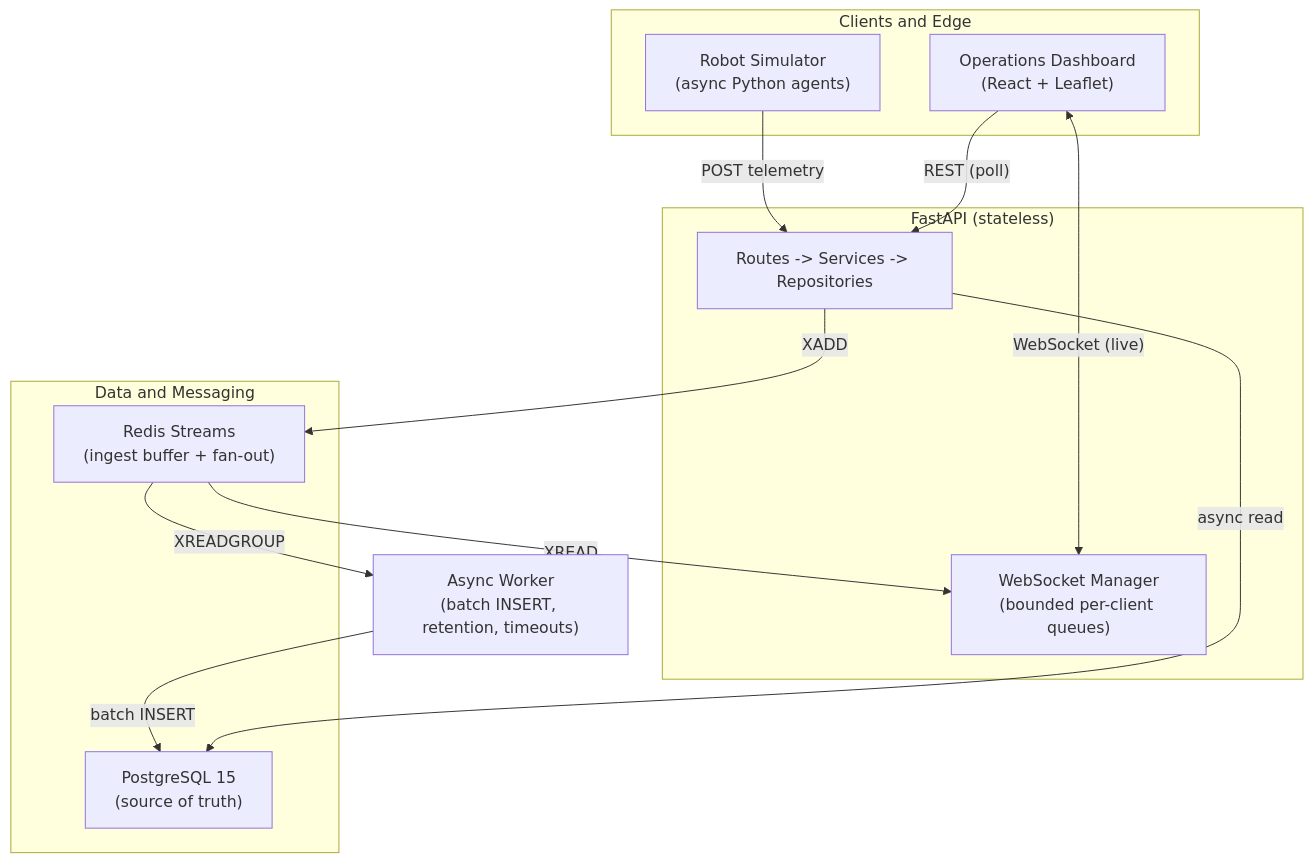
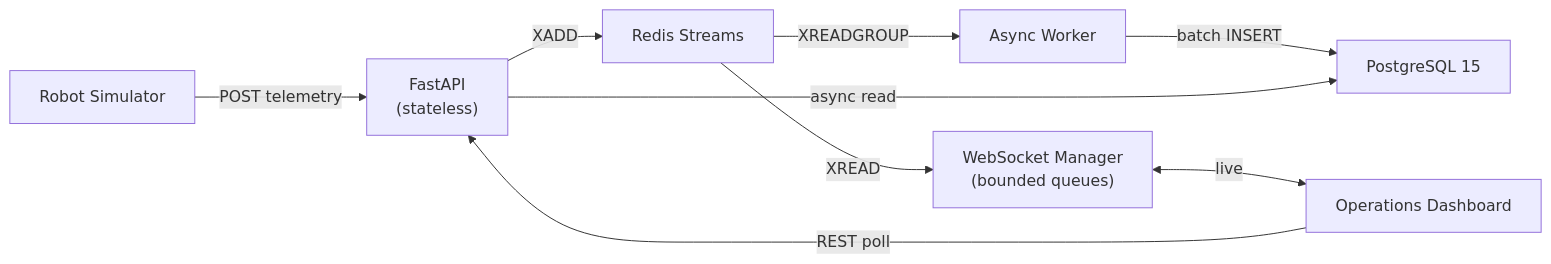
One commit to colin-110/robot-fleet-platform changed the diagram in README.md. Above: the diagram before and after it, drawn with Mermaid. The commit also changed other lines of this file and 17 other files, not shown here.

Commit message:
Add frontend tests and cover the worker and WebSocket loops

````diff
--- a/README.md
+++ b/README.md
@@ -94,28 +45,11 @@
 ```mermaid
-graph TB
-  subgraph Clients["Clients and Edge"]
-    SIM["Robot Simulator<br/>(async Python agents)"]
-    DASH["Operations Dashboard<br/>(React + Leaflet)"]
-  end
-
-  subgraph API["FastAPI (stateless)"]
-    ROUTES["Routes -> Services -> Repositories"]
-    WS["WebSocket Manager<br/>(bounded per-client queues)"]
-  end
-
-  subgraph Data["Data and Messaging"]
-    REDIS["Redis Streams<br/>(ingest buffer + fan-out)"]
-    PG["PostgreSQL 15<br/>(source of truth)"]
-  end
-
-  WORKER["Async Worker<br/>(batch INSERT, retention, timeouts)"]
-
-  SIM -->|"POST telemetry"| ROUTES
-  DASH -->|"REST (poll)"| ROUTES
-  DASH <-->|"WebSocket (live)"| WS
-  ROUTES -->|"XADD"| REDIS
-  REDIS -->|"XREADGROUP"| WORKER
-  REDIS -->|"XREAD"| WS
-  WORKER -->|"batch INSERT"| PG
-  ROUTES -->|"async read"| PG
+graph LR
+  SIM["Robot Simulator"] -->|"POST telemetry"| API["FastAPI<br/>(stateless)"]
+  API -->|"XADD"| REDIS["Redis Streams"]
+  REDIS -->|"XREADGROUP"| WORKER["Async Worker"]
+  REDIS -->|"XREAD"| WS["WebSocket Manager<br/>(bounded queues)"]
+  WORKER -->|"batch INSERT"| PG["PostgreSQL 15"]
+  API -->|"async read"| PG
+  WS <-->|"live"| DASH["Operations Dashboard"]
+  DASH -->|"REST poll"| API
 ```
````
